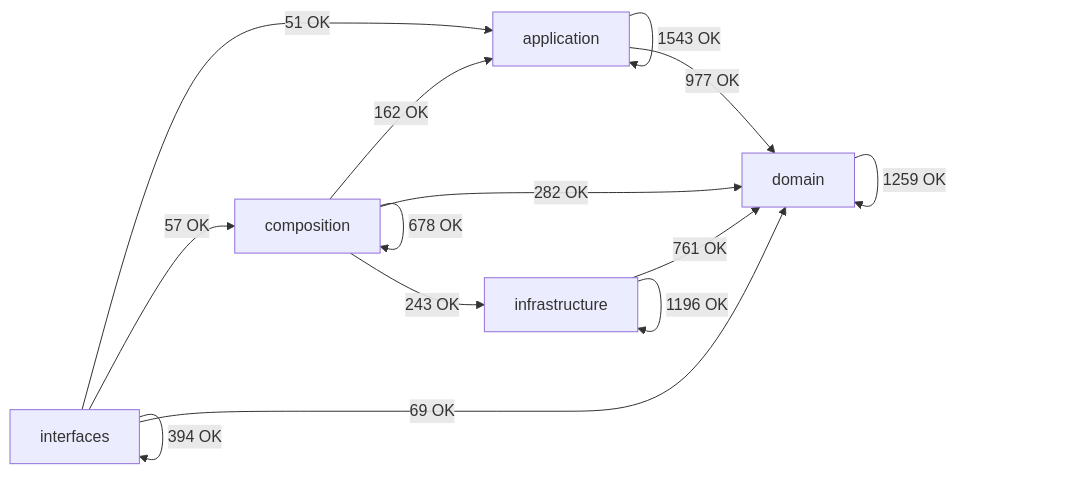
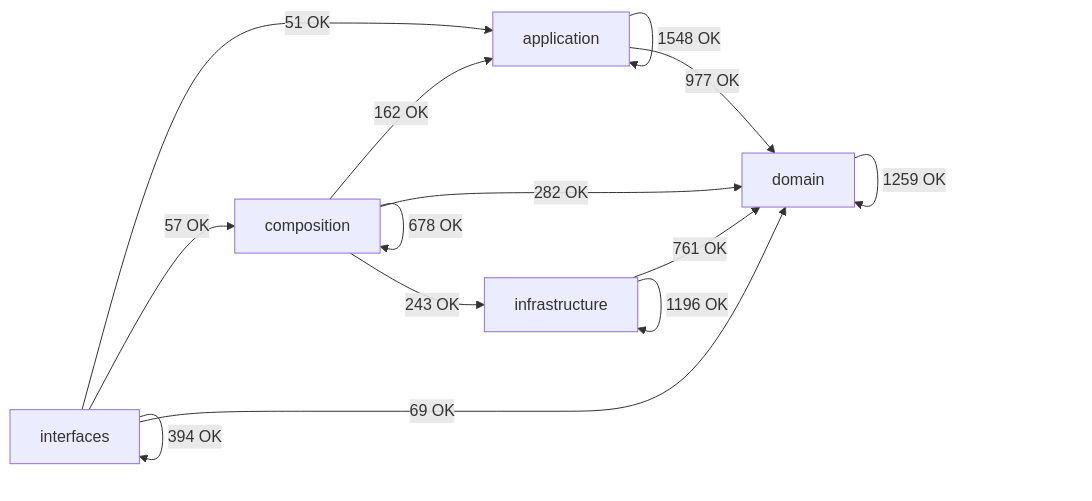
The diagram in docs/02-architecture/generated/module-dependency-map.md (SatoryKono/BioactivityDataAcquisition), drawn with Mermaid before and after one commit. The commit also changed other lines of this file and 7 other files, not shown here.

````diff
--- a/docs/02-architecture/generated/module-dependency-map.md
+++ b/docs/02-architecture/generated/module-dependency-map.md
@@ -17,21 +17,21 @@
 ```mermaid
 flowchart LR
     domain[domain]
     application[application]
     infrastructure[infrastructure]
     composition[composition]
     interfaces[interfaces]
-    application -->|1543 OK| application
+    application -->|1548 OK| application
     application -->|977 OK| domain
     composition -->|162 OK| application
     composition -->|678 OK| composition
     composition -->|282 OK| domain
     composition -->|243 OK| infrastructure
     domain -->|1259 OK| domain
     infrastructure -->|761 OK| domain
     infrastructure -->|1196 OK| infrastructure
     interfaces -->|51 OK| application
     interfaces -->|57 OK| composition
     interfaces -->|69 OK| domain
     interfaces -->|394 OK| interfaces
 ```
````
